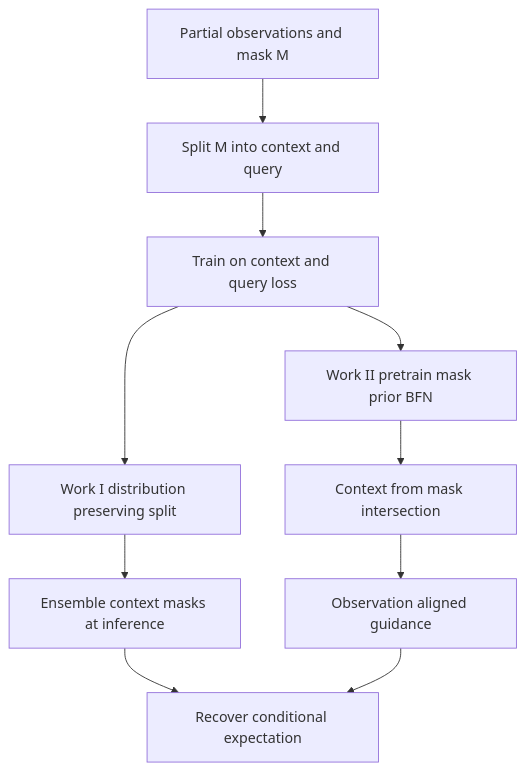
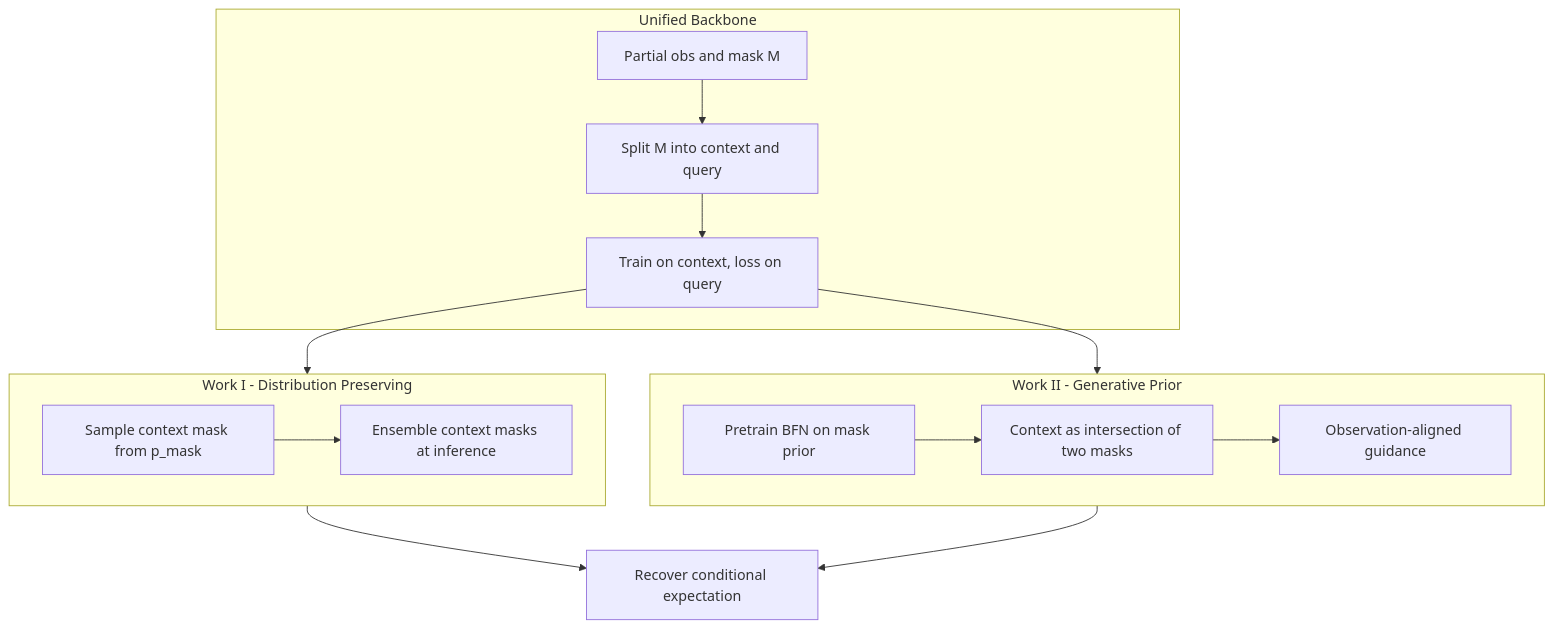
Before and after one commit to zzhnomorebugs/zzhnomorebugs.github.io: the diagram in _research/context-query-dynamics.md, drawn with Mermaid. The commit also changed other lines of this file and 7 other files, not shown here.

```diff
--- a/_research/context-query-dynamics.md
+++ b/_research/context-query-dynamics.md
@@ -39,22 +39,29 @@
-<div class="mermaid">
+<pre class="mermaid">
 flowchart TB
-  obs["Partial observations and mask M"]
-  split["Split M into context and query"]
-  train["Train on context and query loss"]
-  part1["Work I distribution preserving split"]
-  ens["Ensemble context masks at inference"]
-  bfn["Work II pretrain mask prior BFN"]
-  inter["Context from mask intersection"]
-  guide["Observation aligned guidance"]
-  out["Recover conditional expectation"]
+  subgraph backbone["Unified Backbone"]
+    obs["Partial obs and mask M"]
+    split["Split M into context and query"]
+    train["Train on context, loss on query"]
+    obs --> split
+    split --> train
+  end
 
-  obs --> split
-  split --> train
-  train --> part1
-  part1 --> ens
-  train --> bfn
-  bfn --> inter
-  inter --> guide
-  ens --> out
-  guide --> out
-</div>
+  subgraph work1["Work I - Distribution Preserving"]
+    part1["Sample context mask from p_mask"]
+    ens["Ensemble context masks at inference"]
+    part1 --> ens
+  end
+
+  subgraph work2["Work II - Generative Prior"]
+    bfn["Pretrain BFN on mask prior"]
+    inter["Context as intersection of two masks"]
+    guide["Observation-aligned guidance"]
+    bfn --> inter
+    inter --> guide
+  end
+
+  train --> work1
+  train --> work2
+  work1 --> output["Recover conditional expectation"]
+  work2 --> output
+</pre>
```
